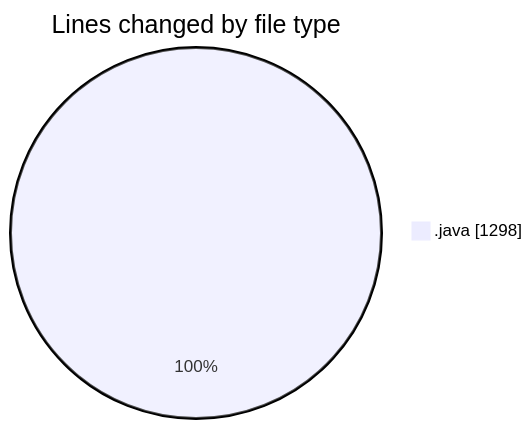
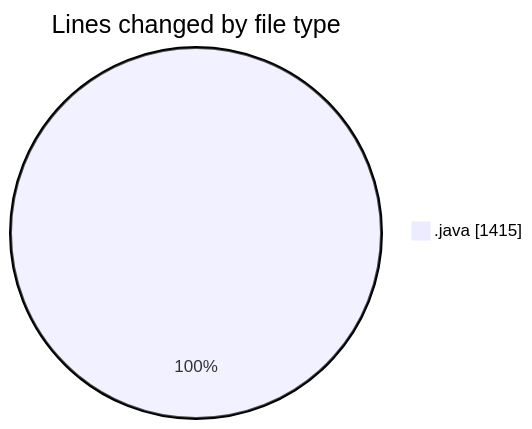
Before and after one commit to Elitesun/code-tracking: the first of 2 diagrams in 2025-02-20/projet/README.md, drawn with Mermaid. The commit also changed other lines of this file and 1 other file, not shown here.

````diff
--- a/2025-02-20/projet/README.md
+++ b/2025-02-20/projet/README.md
@@ -25,5 +26,5 @@
 ```mermaid
 pie showData
 title Lines changed by file type
-".java" : 1298
+".java" : 1415
 ```
````
